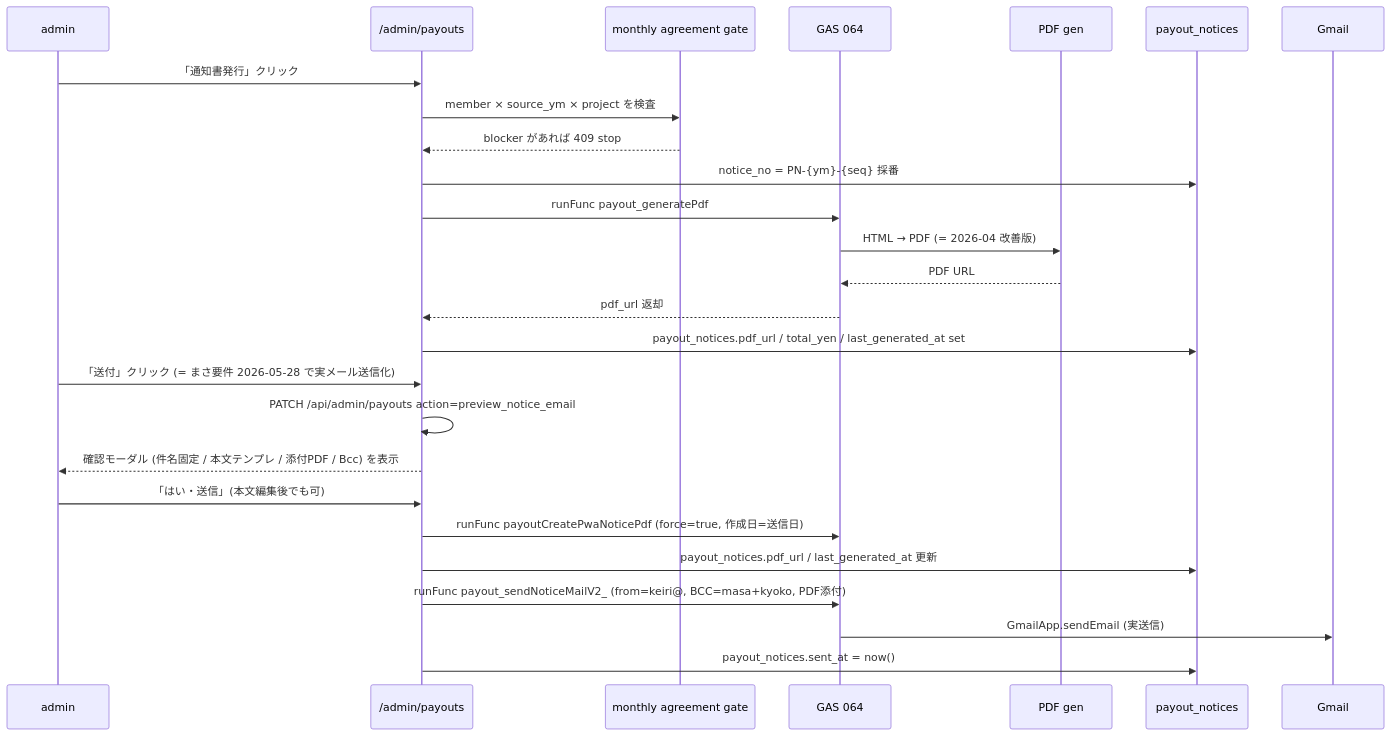
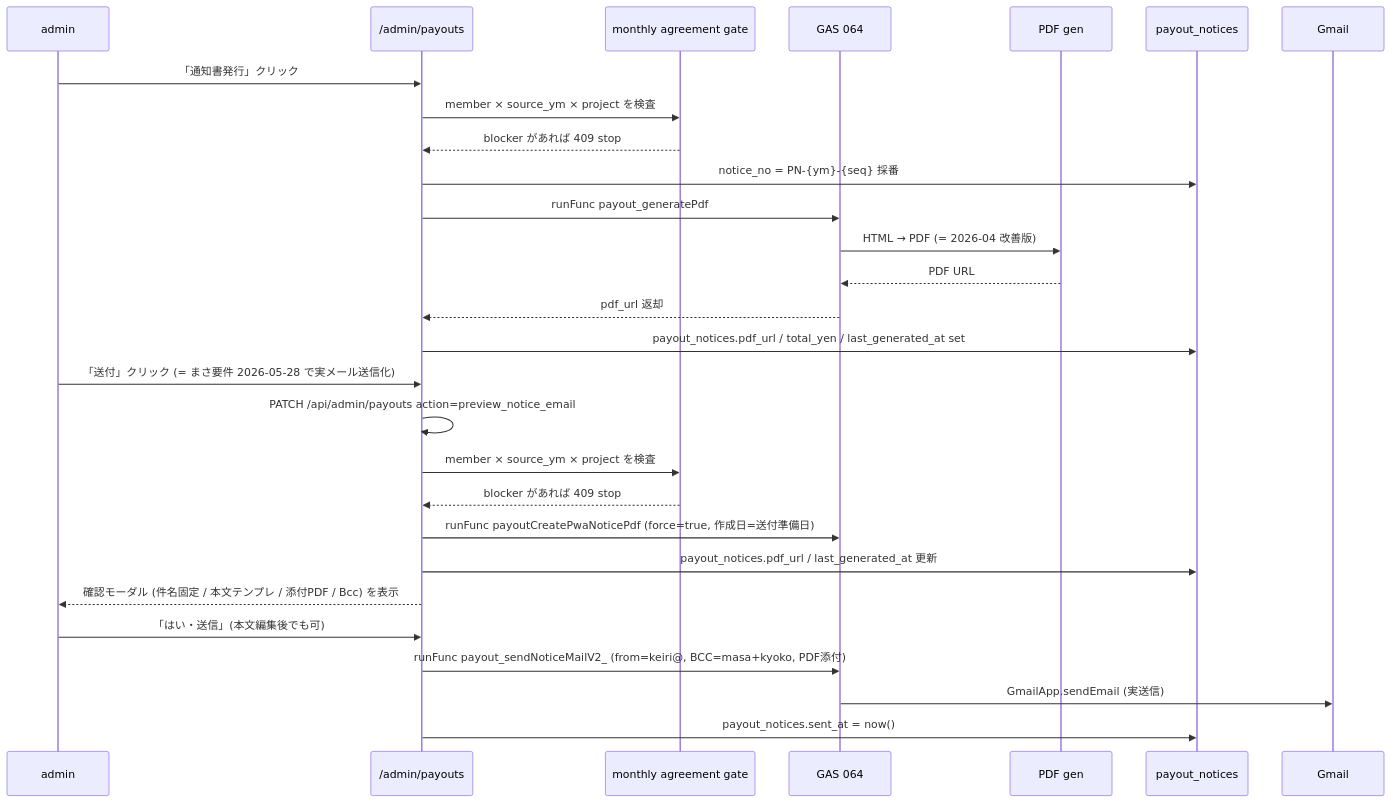
Before and after one commit to masa-teamarmada/amd-os: the second of 2 diagrams in pwa/manual/6-5-admin-payouts-reward-notice-spec.md, drawn with Mermaid. The commit also changed other lines of this file and 5 other files, not shown here.

Commit message:
Prepare payout notice PDFs before email send

````diff
--- a/pwa/manual/6-5-admin-payouts-reward-notice-spec.md
+++ b/pwa/manual/6-5-admin-payouts-reward-notice-spec.md
@@ -118,27 +118,29 @@
 ```mermaid
 sequenceDiagram
   participant Admin as admin
   participant PWA as /admin/payouts
   participant Gate as monthly agreement gate
   participant GAS as GAS 064
   participant PDF as PDF gen
   participant DB as payout_notices
   Admin->>PWA: 「通知書発行」クリック
   PWA->>Gate: member × source_ym × project を検査
   Gate-->>PWA: blocker があれば 409 stop
   PWA->>DB: notice_no = PN-{ym}-{seq} 採番
   PWA->>GAS: runFunc payout_generatePdf
   GAS->>PDF: HTML → PDF (= 2026-04 改善版)
   PDF-->>GAS: PDF URL
   GAS-->>PWA: pdf_url 返却
   PWA->>DB: payout_notices.pdf_url / total_yen / last_generated_at set
   Admin->>PWA: 「送付」クリック (= まさ要件 2026-05-28 で実メール送信化)
   PWA->>PWA: PATCH /api/admin/payouts action=preview_notice_email
+  PWA->>Gate: member × source_ym × project を検査
+  Gate-->>PWA: blocker があれば 409 stop
+  PWA->>GAS: runFunc payoutCreatePwaNoticePdf (force=true, 作成日=送付準備日)
+  PWA->>DB: payout_notices.pdf_url / last_generated_at 更新
   PWA-->>Admin: 確認モーダル (件名固定 / 本文テンプレ / 添付PDF / Bcc) を表示
   Admin->>PWA: 「はい・送信」(本文編集後でも可)
-  PWA->>GAS: runFunc payoutCreatePwaNoticePdf (force=true, 作成日=送信日)
-  PWA->>DB: payout_notices.pdf_url / last_generated_at 更新
   PWA->>GAS: runFunc payout_sendNoticeMailV2_ (from=keiri@, BCC=masa+kyoko, PDF添付)
   GAS->>Gmail: GmailApp.sendEmail (実送信)
   PWA->>DB: payout_notices.sent_at = now()
 ```
````
